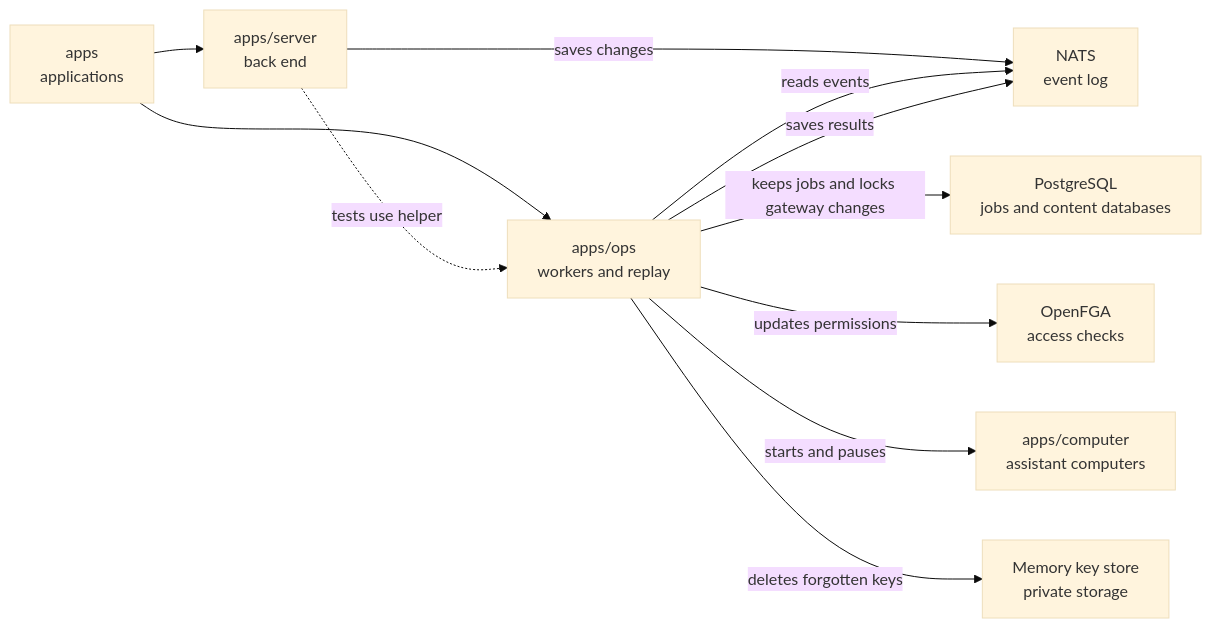
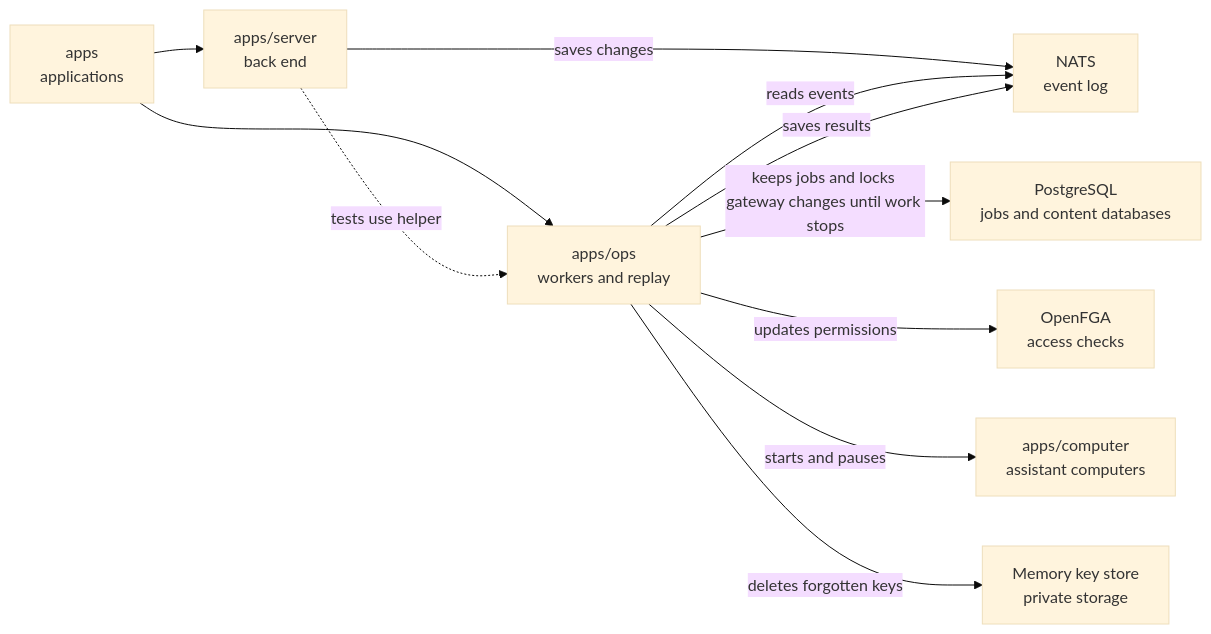
The diagram in apps/ops/README.md (elewa-git/opencrane-new), drawn with Mermaid (base theme) before and after one commit. The commit also changed other lines of this file and 17 other files, not shown here.

````diff
--- a/apps/ops/README.md
+++ b/apps/ops/README.md
@@ -17,13 +17,13 @@
 ```mermaid
 flowchart LR
   apps["apps<br/>applications"] --> ops["apps/ops<br/>workers and replay"]
   apps --> server["apps/server<br/>back end"]
   server -.->|tests use helper| ops
   server -->|saves changes| nats["NATS<br/>event log"]
   ops -->|reads events| nats
   ops -->|saves results| nats
-  ops -->|keeps jobs and locks gateway changes| pg["PostgreSQL<br/>jobs and content databases"]
+  ops -->|keeps jobs and locks gateway changes until work stops| pg["PostgreSQL<br/>jobs and content databases"]
   ops -->|updates permissions| fga["OpenFGA<br/>access checks"]
   ops -->|starts and pauses| computer["apps/computer<br/>assistant computers"]
   ops -->|deletes forgotten keys| keys["Memory key store<br/>private storage"]
 ```
````
